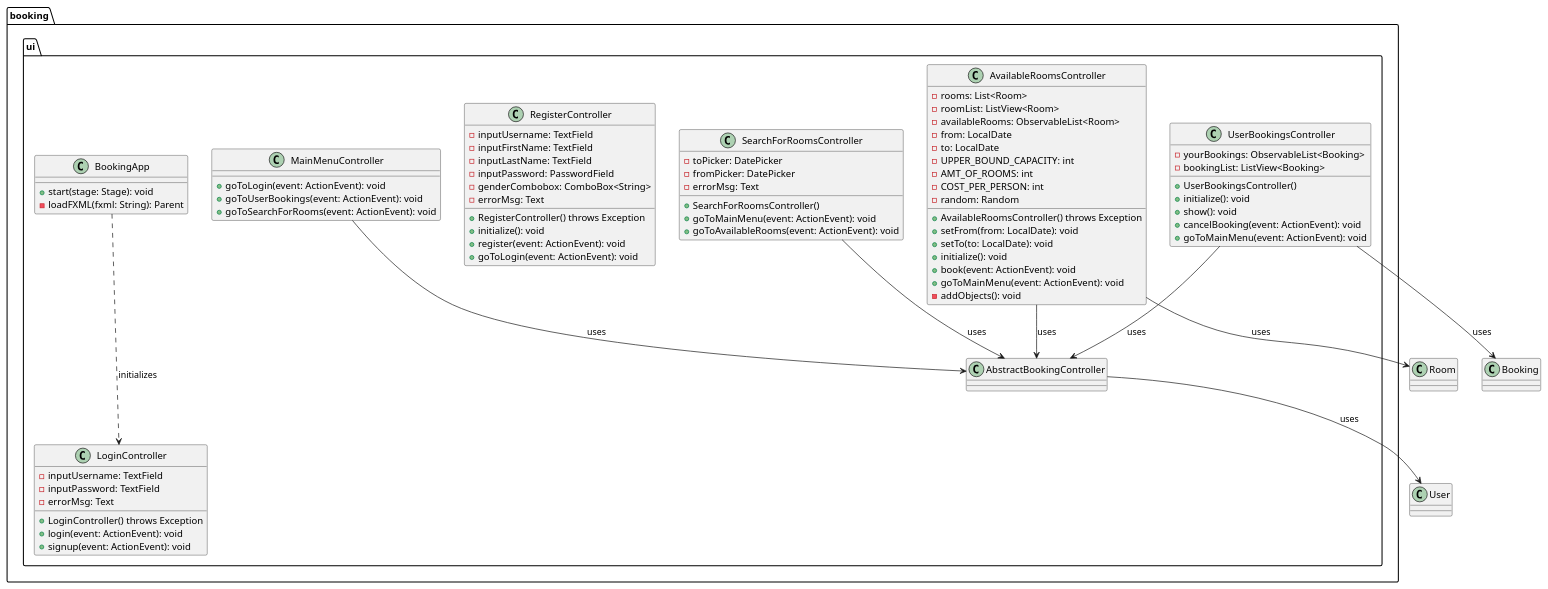
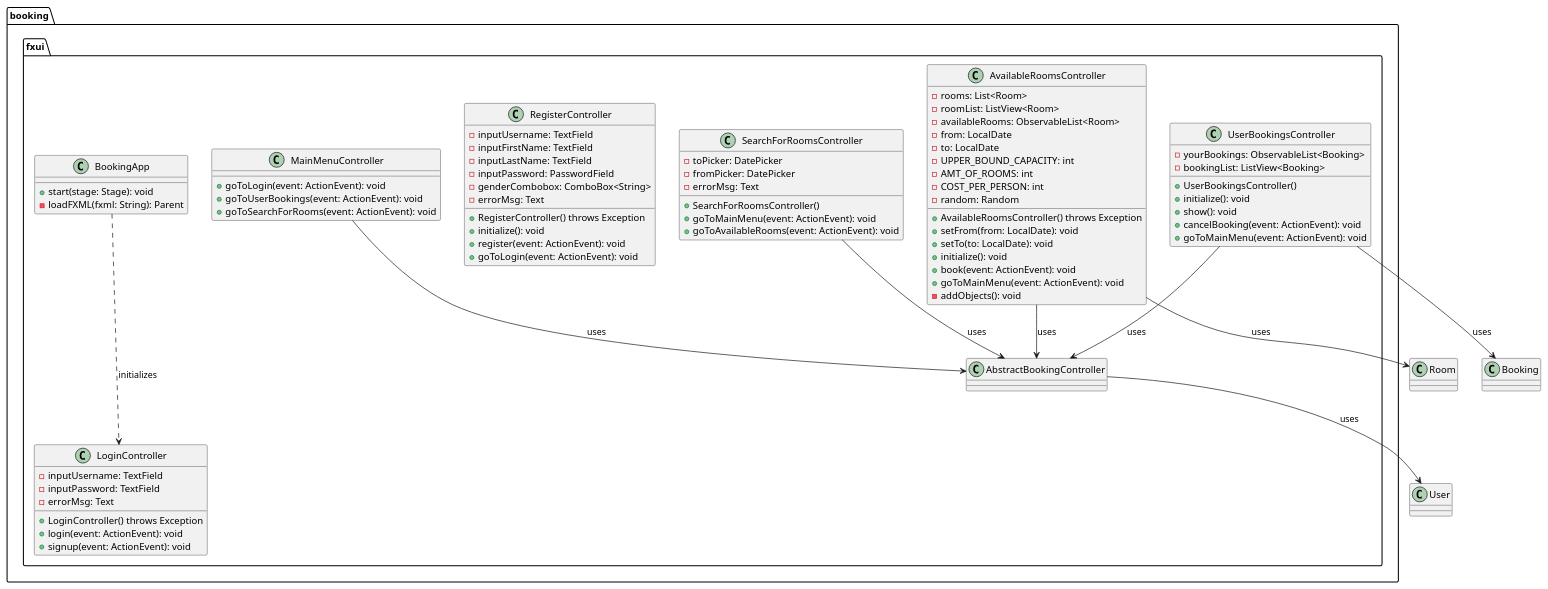
Before and after one commit to theobeck/hotel-booking: the diagram in img/diagrams/classDiagramUI.puml, drawn with PlantUML. The commit also changed 34 other files, not shown here.

```diff
--- a/img/diagrams/classDiagramUI.puml
+++ b/img/diagrams/classDiagramUI.puml
@@ -1,100 +1,100 @@
 @startuml classDiagramUI
-package booking.ui {
+package booking.fxui {
     class AbstractBookingController
     class AvailableRoomsController {
         - rooms: List<Room>
         - roomList: ListView<Room>
         - availableRooms: ObservableList<Room>
         - from: LocalDate
         - to: LocalDate
         - UPPER_BOUND_CAPACITY: int
         - AMT_OF_ROOMS: int
         - COST_PER_PERSON: int
         - random: Random
         + AvailableRoomsController() throws Exception
         + setFrom(from: LocalDate): void
         + setTo(to: LocalDate): void
         + initialize(): void
         + book(event: ActionEvent): void
         + goToMainMenu(event: ActionEvent): void
         - addObjects(): void
     }
     class BookingApp {
         + start(stage: Stage): void
         - loadFXML(fxml: String): Parent
     }
     class LoginController {
         - inputUsername: TextField
         - inputPassword: TextField
         - errorMsg: Text
         + LoginController() throws Exception
         + login(event: ActionEvent): void
         + signup(event: ActionEvent): void
     }
     class MainMenuController {
         + goToLogin(event: ActionEvent): void
         + goToUserBookings(event: ActionEvent): void
         + goToSearchForRooms(event: ActionEvent): void
     }
     class RegisterController {
         - inputUsername: TextField
         - inputFirstName: TextField
         - inputLastName: TextField
         - inputPassword: PasswordField
         - genderCombobox: ComboBox<String>
         - errorMsg: Text
         + RegisterController() throws Exception
         + initialize(): void
         + register(event: ActionEvent): void
         + goToLogin(event: ActionEvent): void
     }
     class SearchForRoomsController {
         - toPicker: DatePicker
         - fromPicker: DatePicker
         - errorMsg: Text
         + SearchForRoomsController()
         + goToMainMenu(event: ActionEvent): void
         + goToAvailableRooms(event: ActionEvent): void
     }
     class UserBookingsController {
         - yourBookings: ObservableList<Booking>
         - bookingList: ListView<Booking>
         + UserBookingsController()
         + initialize(): void
         + show(): void
         + cancelBooking(event: ActionEvent): void
         + goToMainMenu(event: ActionEvent): void
     }
 }
 
 
 class User {
 
 }
 
 class Room {
 
 }
 
 class Booking {
 
 }
 
 
 
 
 BookingApp ...> LoginController: initializes
 
 
 AvailableRoomsController --> AbstractBookingController: uses
 MainMenuController --> AbstractBookingController: uses
 SearchForRoomsController --> AbstractBookingController: uses
 UserBookingsController --> AbstractBookingController: uses
 UserBookingsController --> Booking: uses
 
 AvailableRoomsController --> Room: uses
 AbstractBookingController --> User: uses
 
 
 
 @enduml
```
